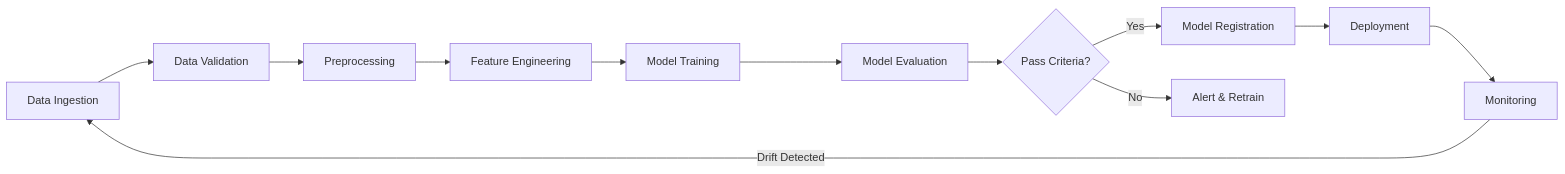
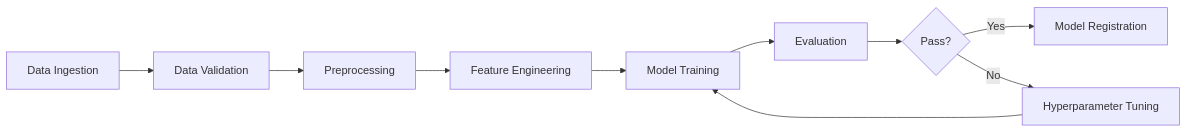
One commit to vanos001/placement_prep changed the first of 2 diagrams in src/ml/mlops/pipelines.md. Above: the diagram before and after it, drawn with Mermaid. The commit also changed other lines of this file and 43 other files, not shown here.

````diff
--- a/src/ml/mlops/pipelines.md
+++ b/src/ml/mlops/pipelines.md
@@ -9,14 +9,12 @@
 ```mermaid
 graph LR
     A[Data Ingestion] --> B[Data Validation]
     B --> C[Preprocessing]
     C --> D[Feature Engineering]
     D --> E[Model Training]
-    E --> F[Model Evaluation]
-    F --> G{Pass Criteria?}
+    E --> F[Evaluation]
+    F --> G{Pass?}
     G -->|Yes| H[Model Registration]
-    G -->|No| I[Alert & Retrain]
-    H --> J[Deployment]
-    J --> K[Monitoring]
-    K -->|Drift Detected| A
+    G -->|No| I[Hyperparameter Tuning]
+    I --> E
 ```
````
